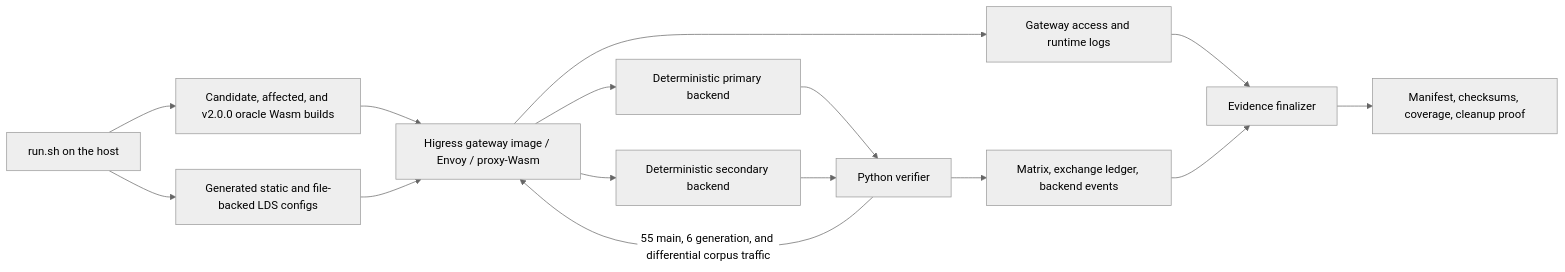
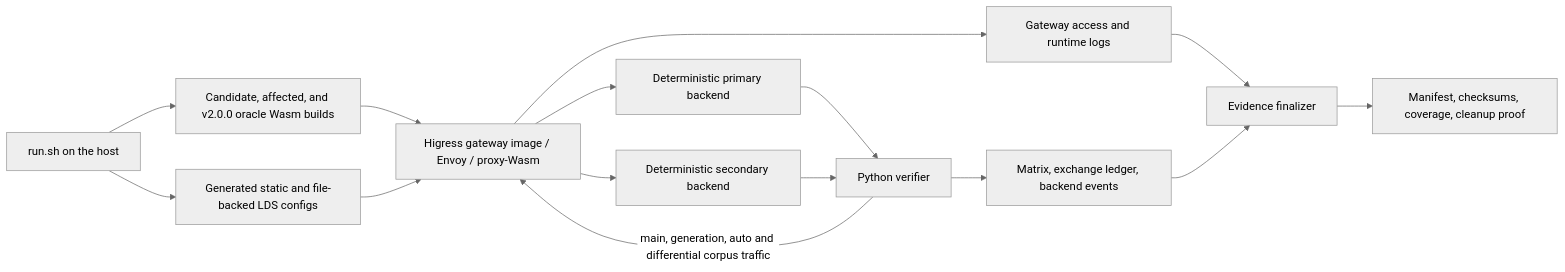
Before and after one commit to higress-group/higress: the diagram in plugins/wasm-go/extensions/mcp-server/testdata/runtime-verification/README.md, drawn with Mermaid (neutral theme). The commit also changed other lines of this file and 20 other files, not shown here.

````diff
--- a/plugins/wasm-go/extensions/mcp-server/testdata/runtime-verification/README.md
+++ b/plugins/wasm-go/extensions/mcp-server/testdata/runtime-verification/README.md
@@ -63,17 +65,17 @@
 ```mermaid
 flowchart LR
     R["run.sh on the host"] --> W["Candidate, affected, and v2.0.0 oracle Wasm builds"]
     R --> G["Generated static and file-backed LDS configs"]
     W --> E["Higress gateway image / Envoy / proxy-Wasm"]
     G --> E
-    V["Python verifier"] -->|"55 main, 6 generation, and differential corpus traffic"| E
+    V["Python verifier"] -->|"main, generation, auto and differential corpus traffic"| E
     E --> P["Deterministic primary backend"]
     E --> S["Deterministic secondary backend"]
     P --> V
     S --> V
     E --> L["Gateway access and runtime logs"]
     V --> M["Matrix, exchange ledger, backend events"]
     L --> F["Evidence finalizer"]
     M --> F
     F --> O["Manifest, checksums, coverage, cleanup proof"]
 ```
````
